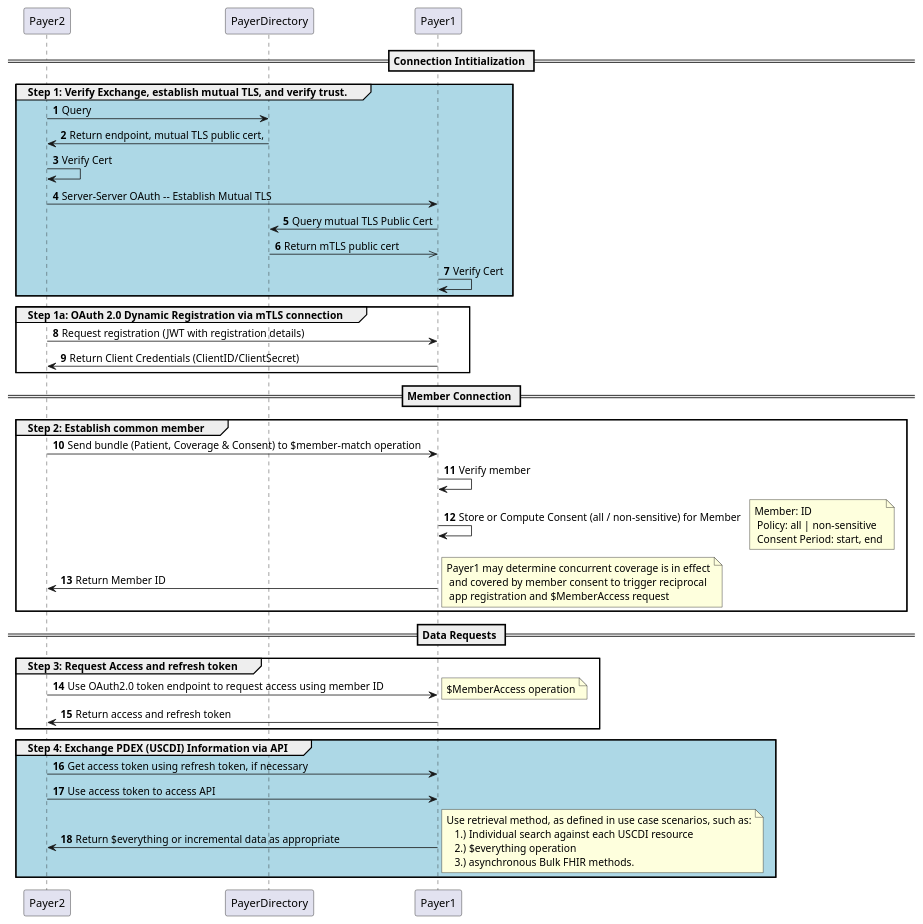
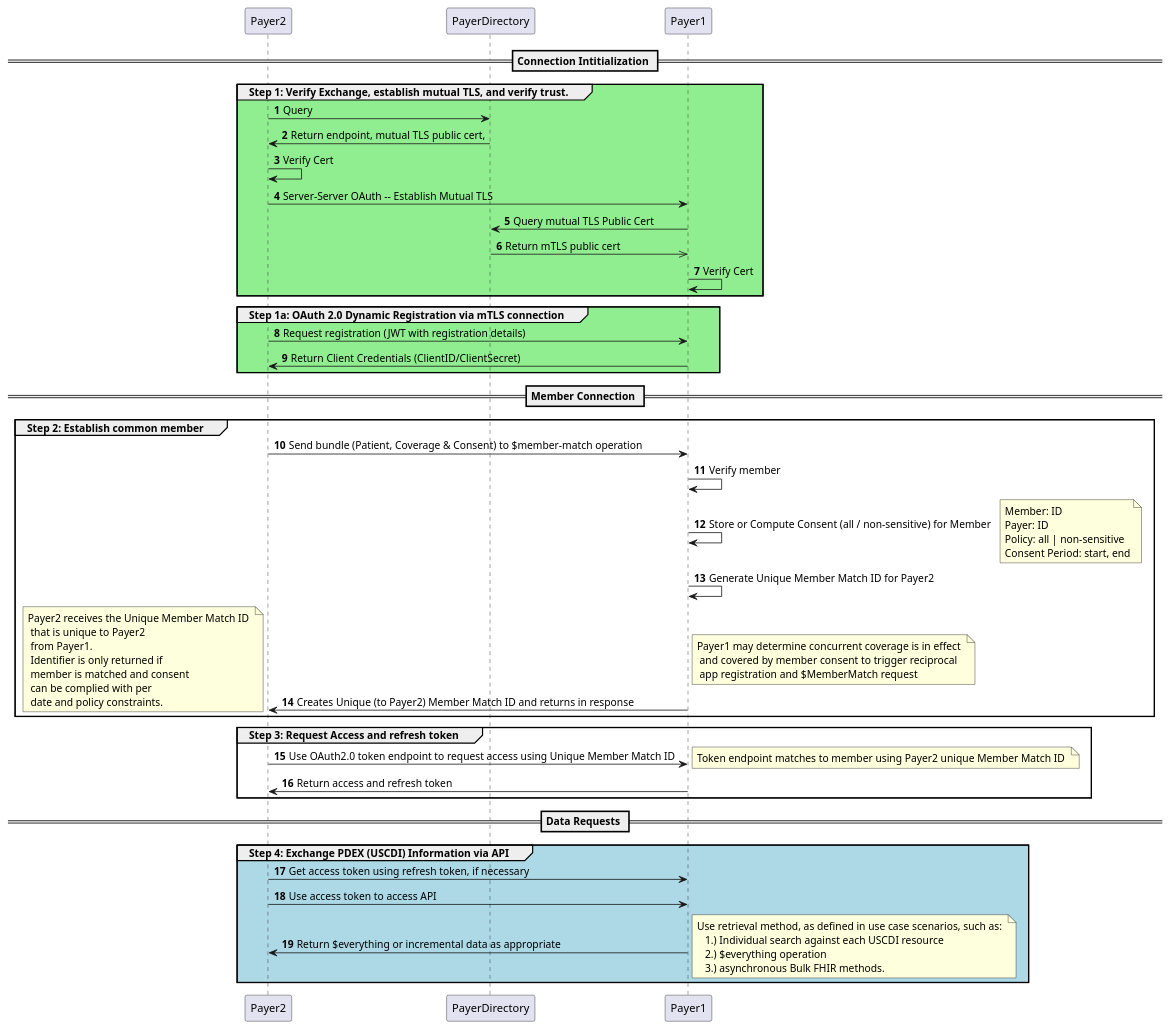
One commit to HL7/davinci-epdx changed the diagram in input/images-source/authorization-consent.plantuml. Above: the diagram before and after it, drawn with PlantUML. The commit also changed 1 other file, not shown here.

Commit message:
Revised PlantUML flow. Added additional clarifications to the explanation of Payer-to-Payer flow.

```diff
--- a/input/images-source/authorization-consent.plantuml
+++ b/input/images-source/authorization-consent.plantuml
@@ -2,53 +1,65 @@
 @startuml
 autonumber
 == Connection Intitialization ==
-group #LightBlue Step 1: Verify Exchange, establish mutual TLS, and verify trust.
+group #LightGreen Step 1: Verify Exchange, establish mutual TLS, and verify trust.
 	Payer2 -> PayerDirectory : Query
-	PayerDirectory -> Payer2 : Return endpoint, mutual TLS public cert,
+	PayerDirectory -> Payer2 : Return endpoint, mutual TLS public cert, 
 	Payer2 -> Payer2 : Verify Cert
 	Payer2 -> Payer1 : Server-Server OAuth -- Establish Mutual TLS
 	Payer1 -> PayerDirectory : Query mutual TLS Public Cert
 	PayerDirectory ->> Payer1 : Return mTLS public cert
 	Payer1 -> Payer1 : Verify Cert
 end
-group Step 1a: OAuth 2.0 Dynamic Registration via mTLS connection
+group #lightGreen Step 1a: OAuth 2.0 Dynamic Registration via mTLS connection
 	Payer2 -> Payer1 : Request registration (JWT with registration details)
   Payer1 -> Payer2 : Return Client Credentials (ClientID/ClientSecret)
 end
 == Member Connection ==
 group Step 2: Establish common member
 	Payer2 -> Payer1 : Send bundle (Patient, Coverage & Consent) to $member-match operation
 	Payer1 -> Payer1 : Verify member
   Payer1 -> Payer1 : Store or Compute Consent (all / non-sensitive) for Member
   note right
-  	Member: ID
-    Policy: all | non-sensitive
-    Consent Period: start, end
+  Member: ID
+  Payer: ID
+  Policy: all | non-sensitive
+  Consent Period: start, end
   endnote
-	Payer1 -> Payer2 : Return Member ID
+	Payer1 -> Payer1 : Generate Unique Member Match ID for Payer2  
+  Payer1 -> Payer2 : Creates Unique (to Payer2) Member Match ID and returns in response 
   note right
-  	Payer1 may determine concurrent coverage is in effect
-    and covered by member consent to trigger reciprocal
-    app registration and $MemberAccess request
+  	Payer1 may determine concurrent coverage is in effect 
+    and covered by member consent to trigger reciprocal 
+    app registration and $MemberMatch request
+  endnote
+  note left
+  	Payer2 receives the Unique Member Match ID 
+    that is unique to Payer2 
+    from Payer1.  
+    Identifier is only returned if
+    member is matched and consent
+    can be complied with per 
+    date and policy constraints.
   endnote
 end
-== Data Requests ==
+
 group Step 3: Request Access and refresh token
-	Payer2 -> Payer1 : Use OAuth2.0 token endpoint to request access using member ID
-  note right
-  	$MemberAccess operation
+	Payer2 -> Payer1 : Use OAuth2.0 token endpoint to request access using Unique Member Match ID
+  note right 
+  	Token endpoint matches to member using Payer2 unique Member Match ID 
   endnote
   Payer1 -> Payer2 : Return access and refresh token
 end
+== Data Requests ==
 group #LightBlue Step 4: Exchange PDEX (USCDI) Information via API
 	Payer2 -> Payer1 : Get access token using refresh token, if necessary
   Payer2 -> Payer1 : Use access token to access API
 	Payer1 -> Payer2 : Return $everything or incremental data as appropriate
   note right
-  	Use retrieval method, as defined in use case scenarios, such as:
+  	Use retrieval method, as defined in use case scenarios, such as: 
       1.) Individual search against each USCDI resource
       2.) $everything operation
-      3.) asynchronous Bulk FHIR methods.
+      3.) asynchronous Bulk FHIR methods. 
   endnote
 end
 @enduml
```
